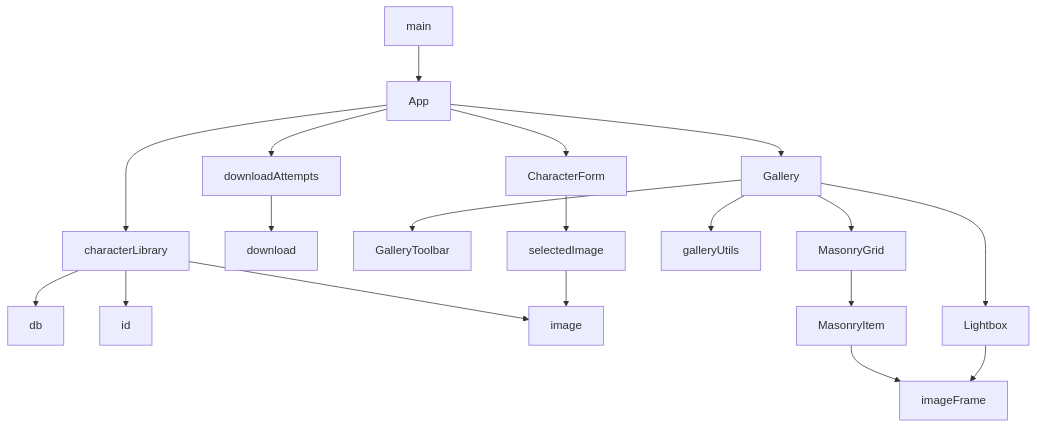
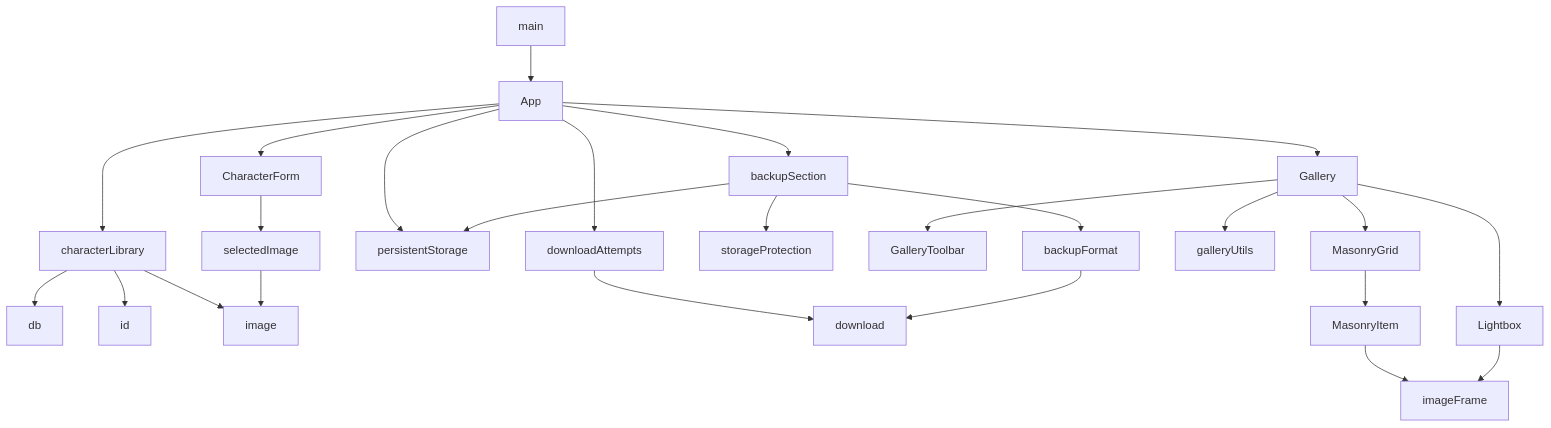
The diagram in docs/LLM-WIKI.md (SairaDev02/sillytavern-vault), drawn with Mermaid before and after one commit. The commit also changed other lines of this file and 3 other files, not shown here.

First line of the commit message:
docs: describe Backup, Restore, and storage protection

````diff
--- a/docs/LLM-WIKI.md
+++ b/docs/LLM-WIKI.md
@@ -67,21 +78,27 @@
 ```mermaid
 graph TD
   main --> App
   App --> characterLibrary
   App --> downloadAttempts
+  App --> persistentStorage
   App --> Gallery
   App --> CharacterForm
+  App --> backupSection
   characterLibrary --> db
   characterLibrary --> id
   characterLibrary --> image
   downloadAttempts --> download
+  backupSection --> backupFormat
+  backupSection --> persistentStorage
+  backupSection --> storageProtection
+  backupFormat --> download
   Gallery --> GalleryToolbar
   Gallery --> MasonryGrid
   Gallery --> Lightbox
   Gallery --> galleryUtils
   MasonryGrid --> MasonryItem
   MasonryItem --> imageFrame
   Lightbox --> imageFrame
   CharacterForm --> selectedImage
   selectedImage --> image
 ```
````
